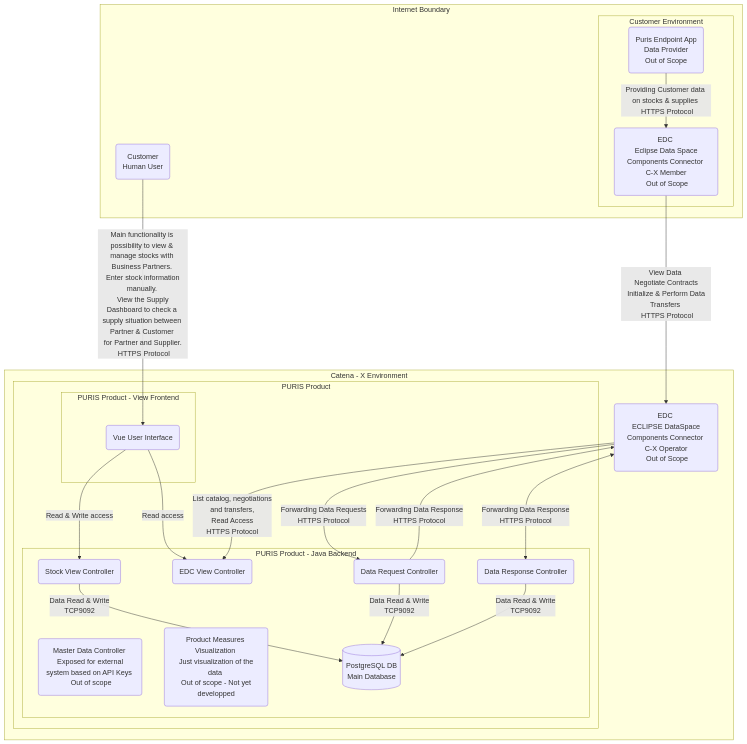
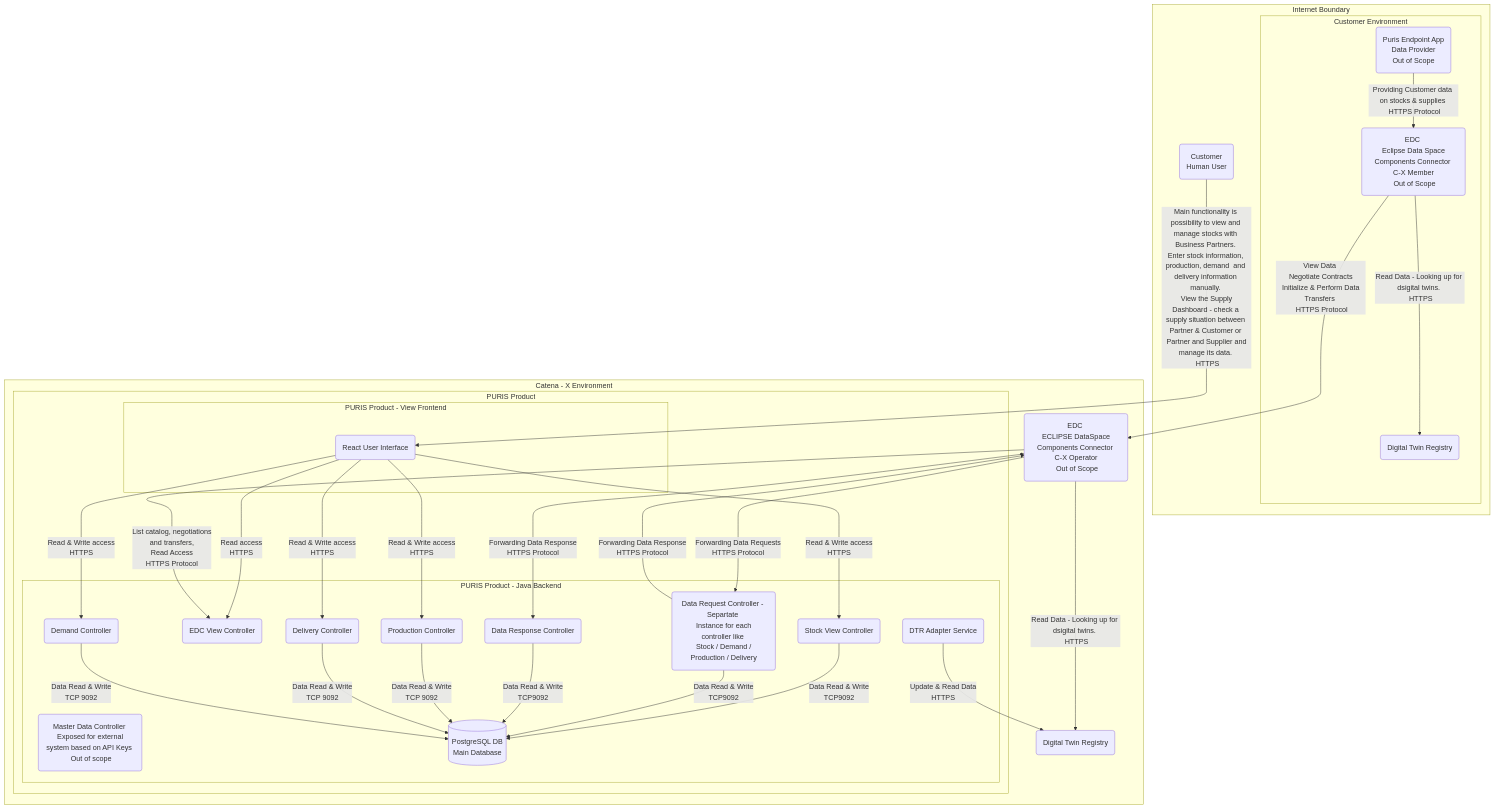
The diagram in docs/security-assessment.md (eclipse-tractusx/puris), drawn with Mermaid before and after one commit. The commit also changed other lines of this file, not shown here.

Commit message:
Update security-assessment.md (#365)
* Update security-assessment.md

Updated the assessment Report according to our last meeting.

```diff
--- a/docs/security-assessment.md
+++ b/docs/security-assessment.md
@@ -46,38 +46,49 @@
     A(Customer \n Human User) 
     A2(Puris Endpoint App \n Data Provider \n Out of Scope)
     A3(EDC \n Eclipse Data Space Components Connector \n C-X Member \n Out of Scope)
-    
+    A4(Digital Twin Registry)
+
     B(EDC \n ECLIPSE DataSpace Components Connector \n C-X Operator \n Out of Scope)
 
-    C(Vue User Interface)
+    C(React User Interface)
 
     D6(Master Data Controller \n Exposed for external system based on API Keys \n Out of scope)
-    D7(Product Measures Visualization \n Just visualization of the data \n Out of scope - Not yet developped)
-
+ 
     D(Stock View Controller)
     D2(EDC View Controller)
-    D3(Data Request Controller)
+    D3(Data Request Controller - Separtate \n Instance for each controller like \n Stock / Demand / Production / Delivery)
     D4(Data Response Controller)
     D5[(PostgreSQL DB \n Main Database)]
+    D8(Digital Twin Registry)
+    D9(DTR Adapter Service)
+    D10(Production Controller)
+    D11(Delivery Controller)
+    D12(Demand Controller)
 
-    A-->|Main functionality is possibility to view & manage stocks with Business Partners. \n Enter stock information manually. \n View the Supply Dashboard to check a supply situation between Partner & Customer \n for Partner and Supplier. \n HTTPS Protocol|C
+    A-->|Main functionality is possibility to view and manage stocks with Business Partners. \n Enter stock information,  production, demand  and delivery information manually. \n View the Supply Dashboard - check a supply situation between Partner & Customer or \n Partner and Supplier and manage its data. \n HTTPS|C
     A2-->|Providing Customer data on stocks & supplies \n HTTPS Protocol|A3
 
-    C-->|Read & Write access|D
-    C-->|Read access|D2
+    C-->|Read & Write access \n HTTPS|D
+    C-->|Read access \n HTTPS|D2
+    C-->|Read & Write access \n HTTPS|D10
+    C-->|Read & Write access \n HTTPS|D11
+    C-->|Read & Write access \n HTTPS|D12
 
     A3-->|View Data \n Negotiate Contracts \n Initialize & Perform Data Transfers \n HTTPS Protocol|B
+    A3-->|Read Data - Looking up for dsigital twins. \n HTTPS|A4
+    B-->|Read Data - Looking up for dsigital twins. \n HTTPS|D8
 
     D-->|Data Read & Write \n TCP9092|D5
     D3-->|Data Read & Write \n TCP9092|D5
-   
     D4-->|Data Read & Write \n TCP9092|D5
-
     D3-->|Forwarding Data Response \n HTTPS Protocol|B
-
+    D9-->|Update & Read Data \n HTTPS|D8
     B-->|Forwarding Data Requests \n HTTPS Protocol|D3
     B-->|List catalog, negotiations \n and transfers, \n Read Access \n HTTPS Protocol|D2
-    
+    D10-->|Data Read & Write \n TCP 9092|D5
+    D11-->|Data Read & Write \n TCP 9092|D5
+    D12-->|Data Read & Write \n TCP 9092|D5
+
     B<-->|Forwarding Data Response \n HTTPS Protocol|D4
     
 
@@ -88,14 +99,16 @@
          
          A2
          A3
+         A4                       
 
          end
 
 end
 
 subgraph Catena - X Environment
+D8
+B
 
-B
 
     subgraph PURIS Product 
                   
@@ -105,12 +118,15 @@
 
          subgraph PURIS Product - Java Backend
          D6
-         D7
          D2
          D3
          D
          D5
          D4
+         D10
+         D11
+         D12
+         D9   
           end
             
     
```
